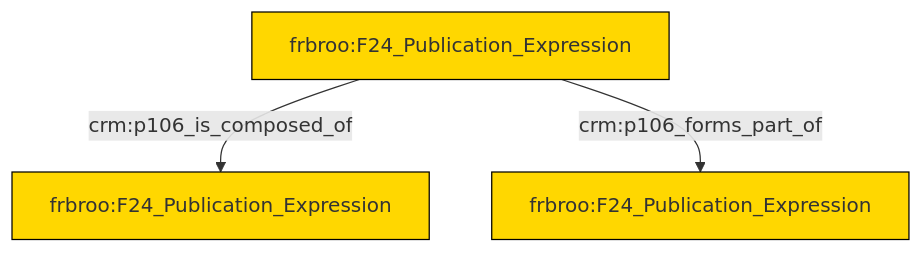
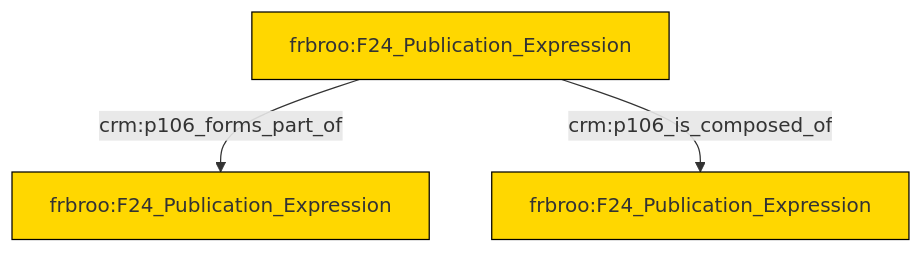
The diagram in et/biblioCSV/ttl/mmd/biblio_parthood.ttl.mmd (swiss-art-research-net/reference-data-models), drawn with Mermaid before and after one commit. The commit also changed 130 other files, not shown here.

```diff
--- a/et/biblioCSV/ttl/mmd/biblio_parthood.ttl.mmd
+++ b/et/biblioCSV/ttl/mmd/biblio_parthood.ttl.mmd
@@ -1,17 +1,17 @@
 graph TD
 classDef Literal fill:#f2f2f2,stroke:#000000;
 classDef CRM_Entity fill:#FFFFFF,stroke:#000000;
 classDef Temporal_Entity fill:#00C9E6, stroke:#000000;
 classDef Type fill:#E18312, stroke:#000000;
 classDef Time-Span fill:#2C9C91, stroke:#000000;
 classDef Appellation fill:#FFEB7F, stroke:#000000;
 classDef Place fill:#008836, stroke:#000000;
 classDef Persistent_Item fill:#B266B2, stroke:#000000;
 classDef Conceptual_Object fill:#FFD700, stroke:#000000;
 classDef Physical_Thing fill:#D2B48C, stroke:#000000;
 classDef Actor fill:#f58aad, stroke:#000000;
 classDef PC_Classes fill:#4ce600, stroke:#000000;
 classDef Multi fill:#cccccc,stroke:#000000;
 
-4["frbroo:F24_Publication_Expression"]:::Conceptual_Object -->|crm:p106_is_composed_of| 0["frbroo:F24_Publication_Expression"]:::Conceptual_Object
-4["frbroo:F24_Publication_Expression"]:::Conceptual_Object -->|crm:p106_forms_part_of| 2["frbroo:F24_Publication_Expression"]:::Conceptual_Object
+4["frbroo:F24_Publication_Expression"]:::Conceptual_Object -->|crm:p106_forms_part_of| 0["frbroo:F24_Publication_Expression"]:::Conceptual_Object
+4["frbroo:F24_Publication_Expression"]:::Conceptual_Object -->|crm:p106_is_composed_of| 2["frbroo:F24_Publication_Expression"]:::Conceptual_Object
```
